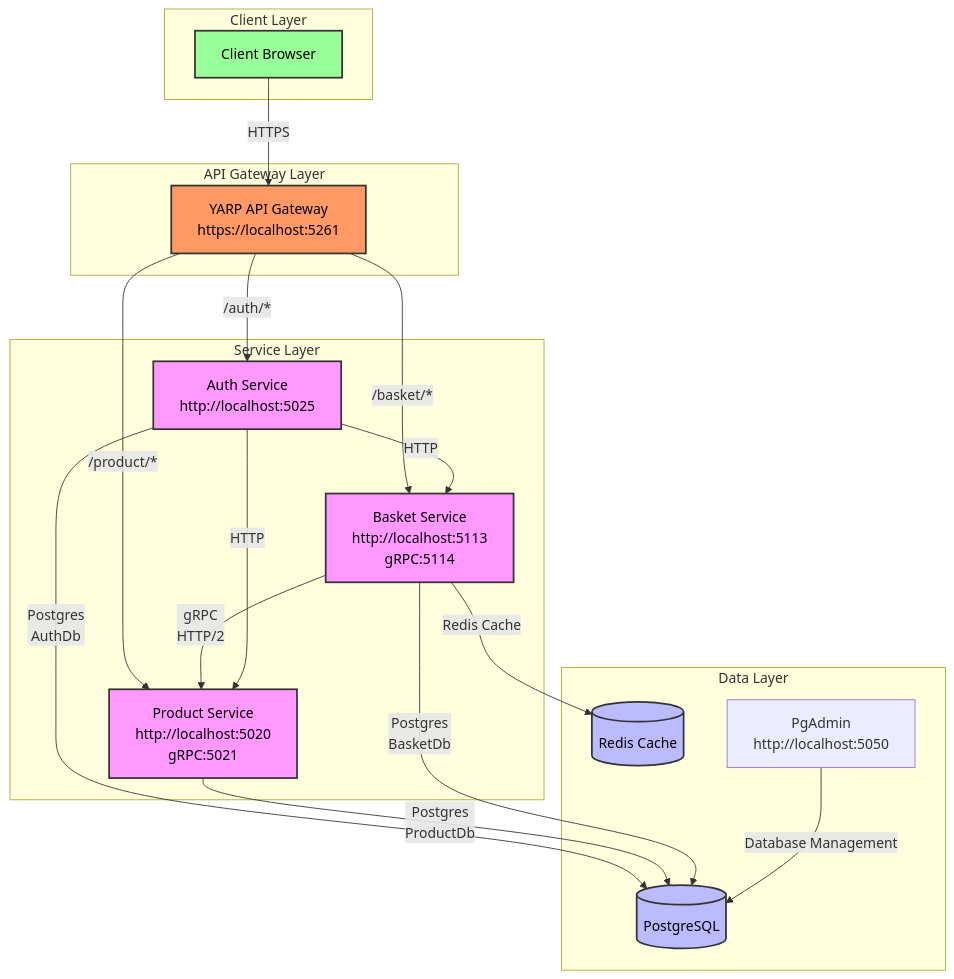
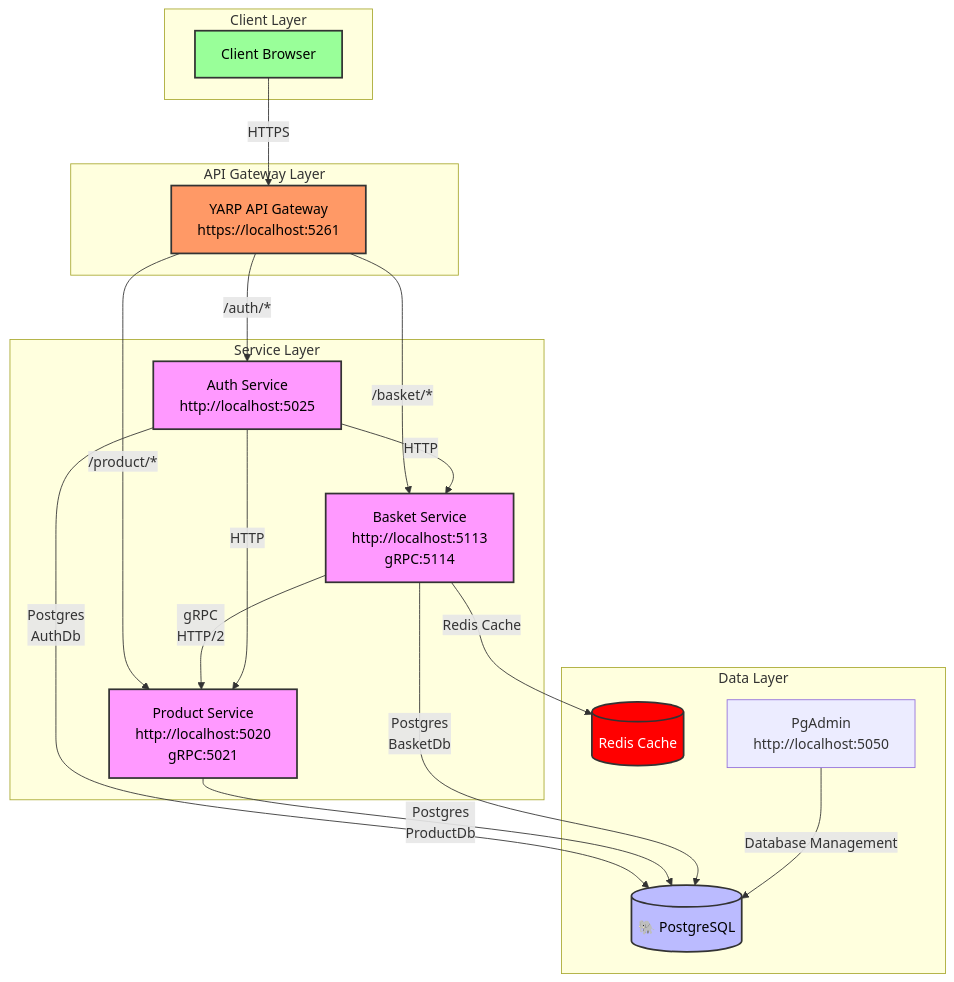
The first of 5 diagrams in README.md (kalzimkholodros/gRPC_Yarp), drawn with Mermaid before and after one commit. The commit also changed other lines of this file, not shown here.

````diff
--- a/README.md
+++ b/README.md
@@ -7,55 +7,57 @@
 ```mermaid
 graph TD
     subgraph Client Layer
         Client[Client Browser]
     end
 
     subgraph API Gateway Layer
         YARP[YARP API Gateway<br/>https://localhost:5261]
     end
 
     subgraph Service Layer
         Auth[Auth Service<br/>http://localhost:5025]
         Product[Product Service<br/>http://localhost:5020<br/>gRPC:5021]
         Basket[Basket Service<br/>http://localhost:5113<br/>gRPC:5114]
     end
 
     subgraph Data Layer
         Redis[(Redis Cache)]
-        Postgres[(PostgreSQL)]
+        Postgres[(🐘 PostgreSQL)]
         PgAdmin[PgAdmin<br/>http://localhost:5050]
     end
 
     %% Client to Gateway
     Client -->|HTTPS| YARP
 
     %% Gateway to Services
     YARP -->|/auth/*| Auth
     YARP -->|/product/*| Product
     YARP -->|/basket/*| Basket
 
     %% Service to Service Communication
     Basket -->|gRPC<br/>HTTP/2| Product
     Auth -->|HTTP| Product
     Auth -->|HTTP| Basket
 
     %% Service to Data Layer
     Auth -->|Postgres<br/>AuthDb| Postgres
     Product -->|Postgres<br/>ProductDb| Postgres
     Basket -->|Postgres<br/>BasketDb| Postgres
     Basket -->|Redis Cache| Redis
 
     %% Database Management
     PgAdmin -->|Database Management| Postgres
 
     %% Communication Protocols
     classDef service fill:#f9f,stroke:#333,stroke-width:2px,color:#000
     classDef database fill:#bbf,stroke:#333,stroke-width:2px,color:#000
+    classDef redis fill:#f00,stroke:#333,stroke-width:2px,color:#fff
     classDef gateway fill:#f96,stroke:#333,stroke-width:2px,color:#000
     classDef client fill:#9f9,stroke:#333,stroke-width:2px,color:#000
 
     class Auth,Product,Basket service
-    class Redis,Postgres database
+    class Postgres database
+    class Redis redis
     class YARP gateway
     class Client client
 ```
````
